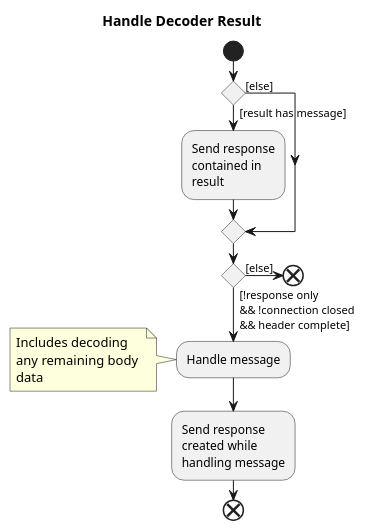
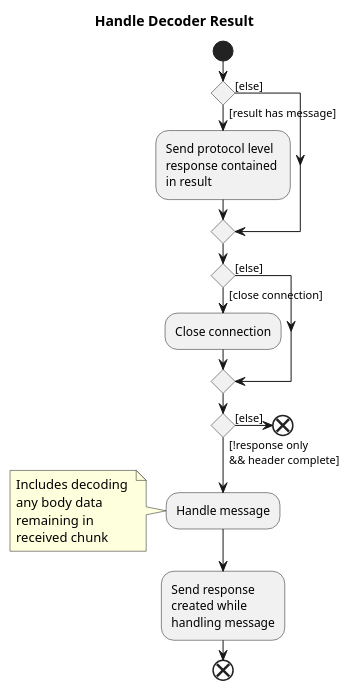
One commit to mnlipp/jdrupes-httpcodec changed the fifth of 9 diagrams in overview.md. Above: the diagram before and after it, drawn with PlantUML. The commit also changed other lines of this file, not shown here.

Commit message:
Minor edits.

```diff
--- a/overview.md
+++ b/overview.md
@@ -283,29 +283,34 @@
 @startuml handle-decode-result.svg
 ' ========== Receive loop =========
 skinparam conditionStyle diamond
 title Handle Decoder Result
+
 start
 if () then ([result has message])
-  :Send response
-  contained in
-  result;
+  :Send protocol level
+  response contained 
+  in result;
+else ([else])
+endif
+if () then ([close connection])
+  :Close connection;
 else ([else])
 endif
 if () then ([!response only
-&& !connection closed
 && header complete])
   :Handle message;
   note
   Includes decoding 
-  any remaining body 
-  data
+  any body data
+  remaining in 
+  received chunk
   end note
   :Send response 
   created while 
   handling message;
   end
 else ([else])
   end
 endif
 
 @enduml
```
